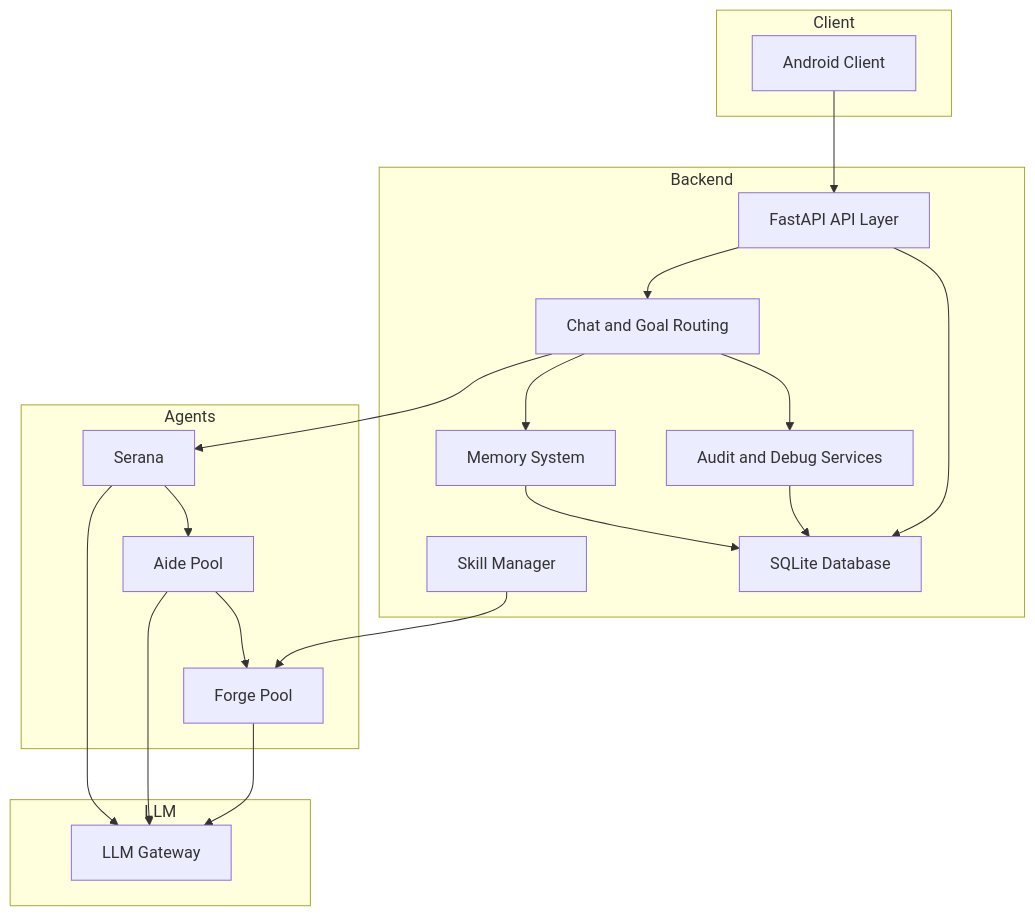
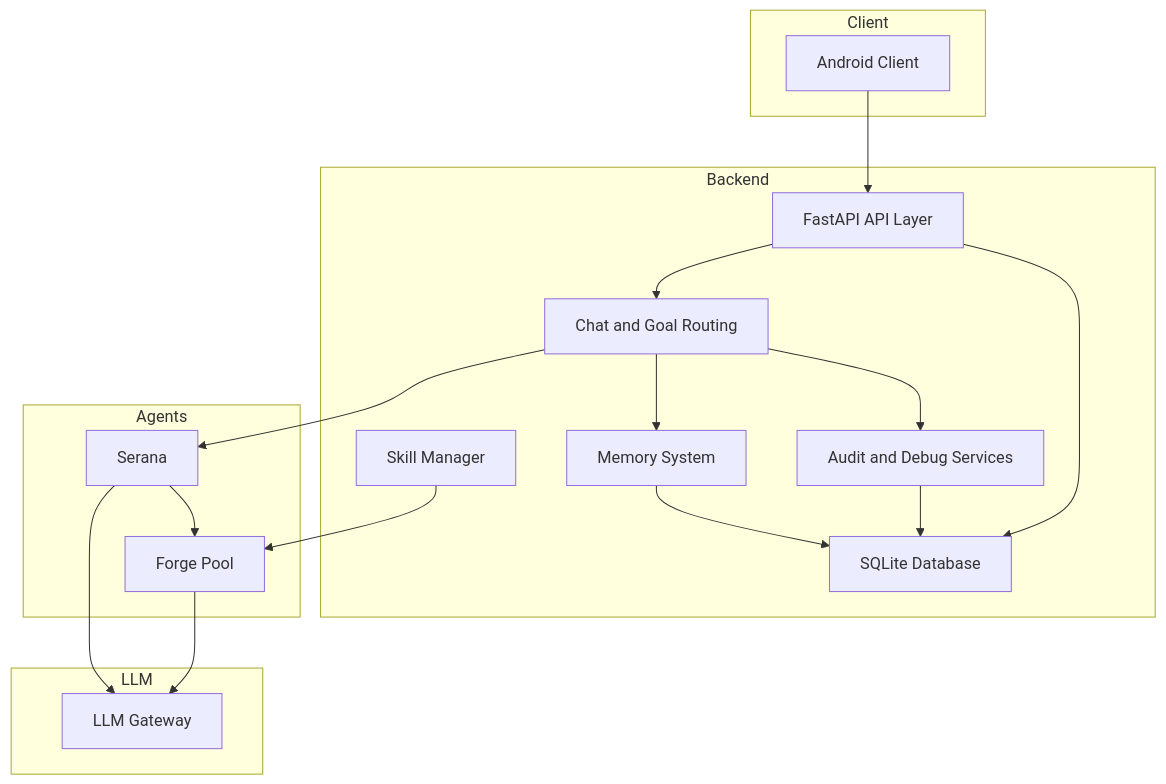
Before and after one commit to Domd-ag/agent-serana: the diagram in docs/Architecture.md, drawn with Mermaid. The commit also changed other lines of this file and 83 other files, not shown here.

````diff
--- a/docs/Architecture.md
+++ b/docs/Architecture.md
@@ -9,40 +9,37 @@
 ```mermaid
 graph TB
     subgraph "Client"
         Android["Android Client"]
     end
 
     subgraph "Backend"
         API["FastAPI API Layer"]
         Router["Chat and Goal Routing"]
         Audit["Audit and Debug Services"]
         Memory["Memory System"]
         Skills["Skill Manager"]
         DB["SQLite Database"]
     end
 
     subgraph "Agents"
         Serana["Serana"]
-        Aide["Aide Pool"]
         Forge["Forge Pool"]
     end
 
     subgraph "LLM"
         Gateway["LLM Gateway"]
     end
 
     Android --> API
     API --> Router
     Router --> Memory
     Router --> Serana
     Router --> Audit
-    Serana --> Aide
-    Aide --> Forge
+    Serana --> Forge
     Serana --> Gateway
-    Aide --> Gateway
     Forge --> Gateway
     Skills --> Forge
     Memory --> DB
     Audit --> DB
     API --> DB
 ```
````
